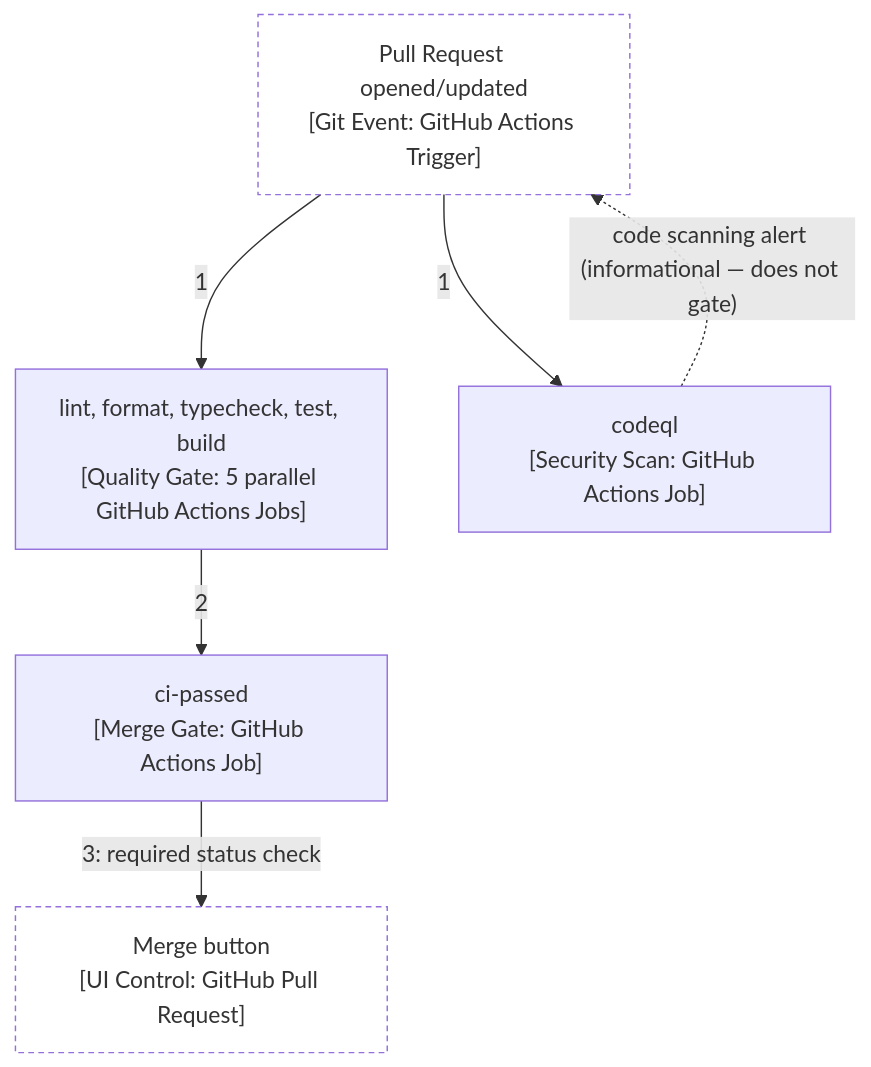
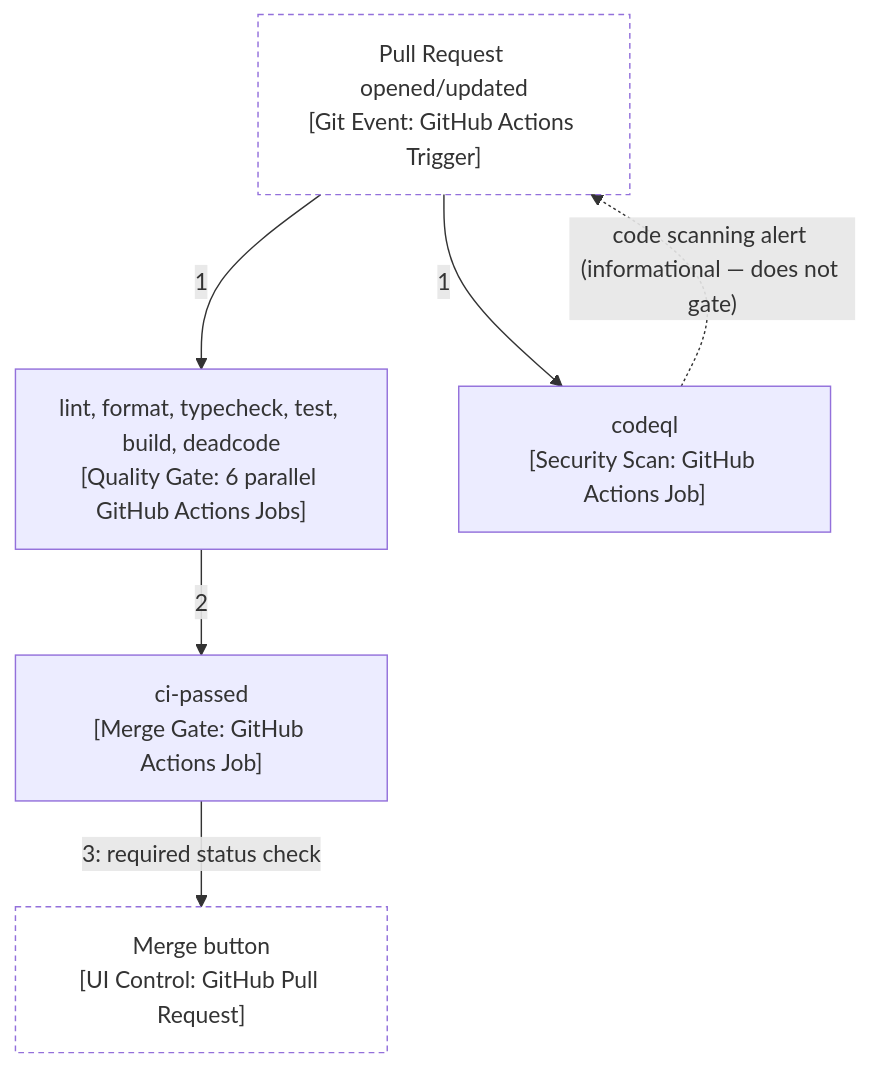
Before and after one commit to cfisch3r/estimate: the second of 3 diagrams in docs/runbook.md, drawn with Mermaid. The commit also changed other lines of this file and 10 other files, not shown here.

````diff
--- a/docs/runbook.md
+++ b/docs/runbook.md
@@ -46,17 +46,17 @@
 ```mermaid
 flowchart TB
   PR["Pull Request opened/updated<br/>[Git Event: GitHub Actions Trigger]"]:::external
   MergeButton["Merge button<br/>[UI Control: GitHub Pull Request]"]:::external
 
-  Gates["lint, format, typecheck, test, build<br/>[Quality Gate: 5 parallel GitHub Actions Jobs]"]
+  Gates["lint, format, typecheck, test, build, deadcode<br/>[Quality Gate: 6 parallel GitHub Actions Jobs]"]
   Passed["ci-passed<br/>[Merge Gate: GitHub Actions Job]"]
   CodeQL["codeql<br/>[Security Scan: GitHub Actions Job]"]
 
   PR -->|1| Gates
   PR -->|1| CodeQL
   Gates -->|2| Passed
   Passed -->|"3: required status check"| MergeButton
   CodeQL -.->|"code scanning alert (informational — does not gate)"| PR
 
   classDef external fill:transparent,stroke-dasharray: 4 3
 ```
````
